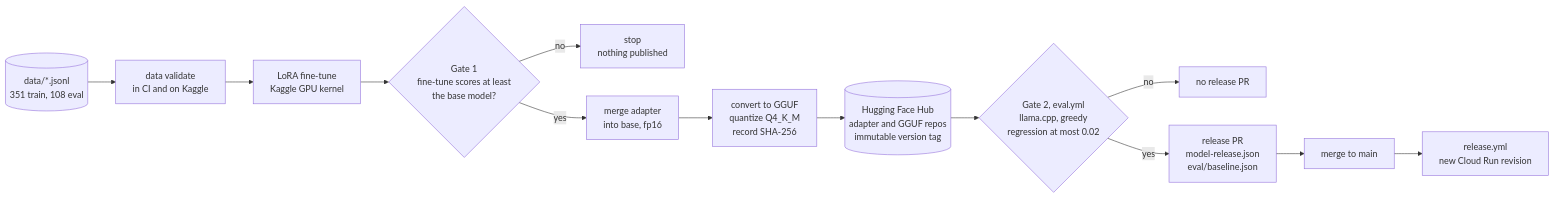
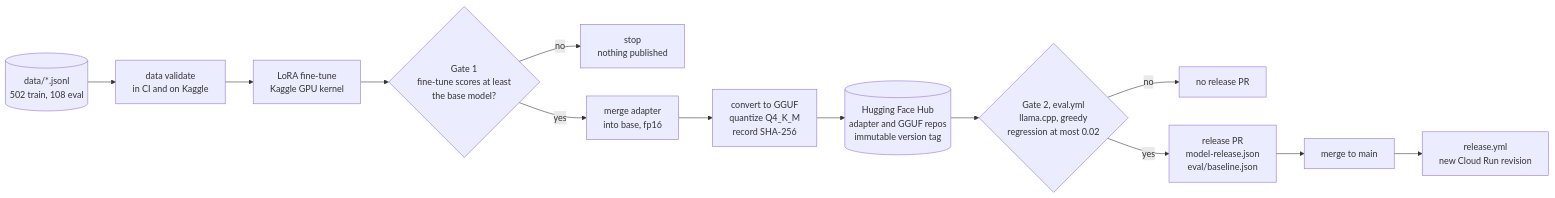
Before and after one commit to syed-waleed-ahmed/Niche-Finetuned-Model: the diagram in docs/architecture/MODEL_PIPELINE.md, drawn with Mermaid. The commit also changed other lines of this file and 23 other files, not shown here.

````diff
--- a/docs/architecture/MODEL_PIPELINE.md
+++ b/docs/architecture/MODEL_PIPELINE.md
@@ -29,15 +37,15 @@
 ```mermaid
 flowchart LR
-    Data[("data/*.jsonl<br/>351 train, 108 eval")] --> Validate["data validate<br/>in CI and on Kaggle"]
+    Data[("data/*.jsonl<br/>502 train, 108 eval")] --> Validate["data validate<br/>in CI and on Kaggle"]
     Validate --> Train["LoRA fine-tune<br/>Kaggle GPU kernel"]
     Train --> G1{"Gate 1<br/>fine-tune scores at least<br/>the base model?"}
     G1 -->|no| Stop1["stop<br/>nothing published"]
     G1 -->|yes| MergeStep["merge adapter<br/>into base, fp16"]
     MergeStep --> Export["convert to GGUF<br/>quantize Q4_K_M<br/>record SHA-256"]
     Export --> Hub[("Hugging Face Hub<br/>adapter and GGUF repos<br/>immutable version tag")]
     Hub --> G2{"Gate 2, eval.yml<br/>llama.cpp, greedy<br/>regression at most 0.02"}
     G2 -->|no| Stop2["no release PR"]
     G2 -->|yes| PR["release PR<br/>model-release.json<br/>eval/baseline.json"]
     PR --> Main["merge to main"]
     Main --> Deploy["release.yml<br/>new Cloud Run revision"]
 ```
````
